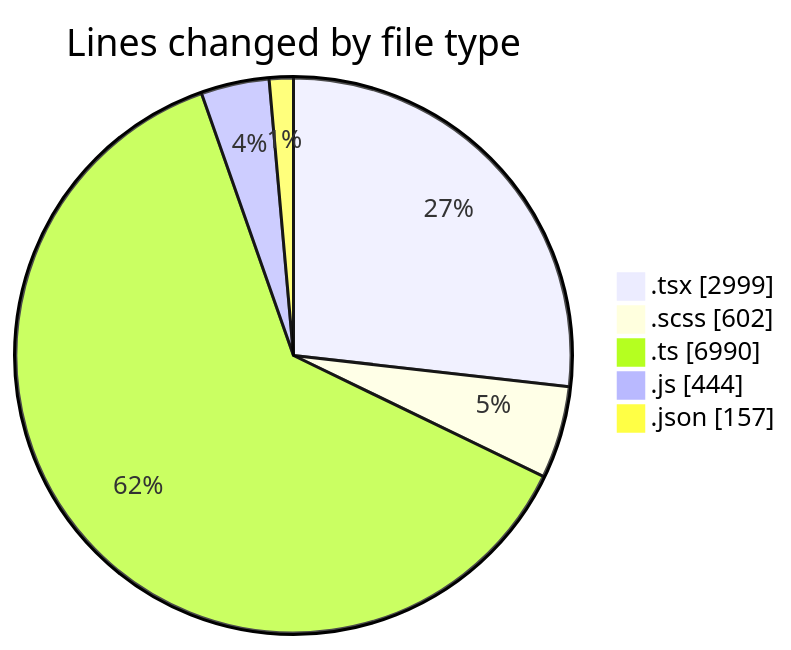
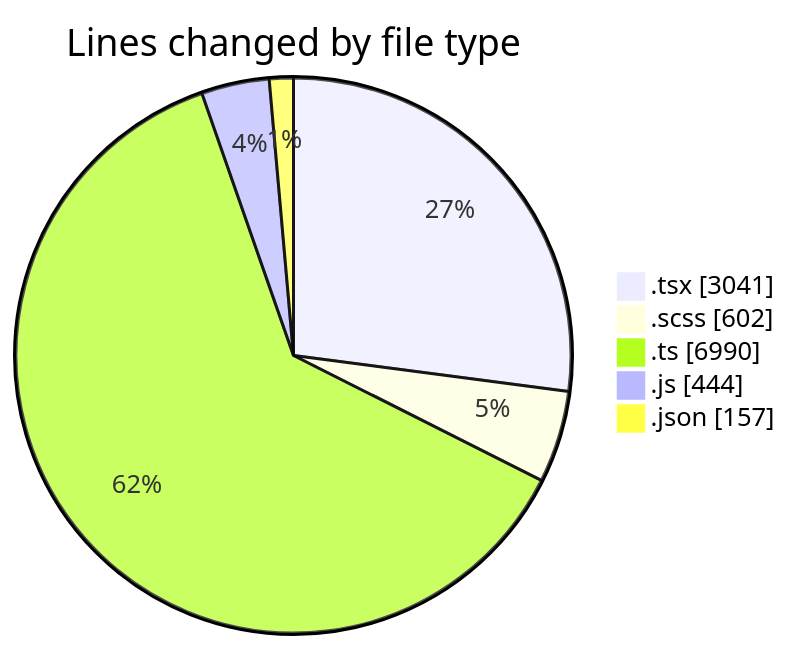
The first of 2 diagrams in 2026-04-23/cda/README.md (momahboobian/code-tracking), drawn with Mermaid before and after one commit. The commit also changed other lines of this file and 1 other file, not shown here.

````diff
--- a/2026-04-23/cda/README.md
+++ b/2026-04-23/cda/README.md
@@ -40,9 +40,9 @@
 ```mermaid
 pie showData
 title Lines changed by file type
-".tsx" : 2999
+".tsx" : 3041
 ".scss" : 602
 ".ts" : 6990
 ".js" : 444
 ".json" : 157
 ```
````
